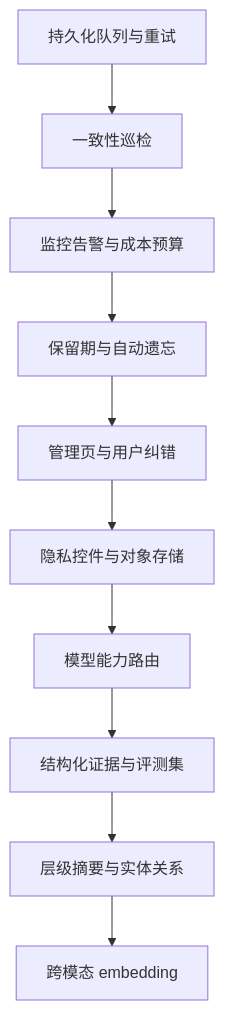
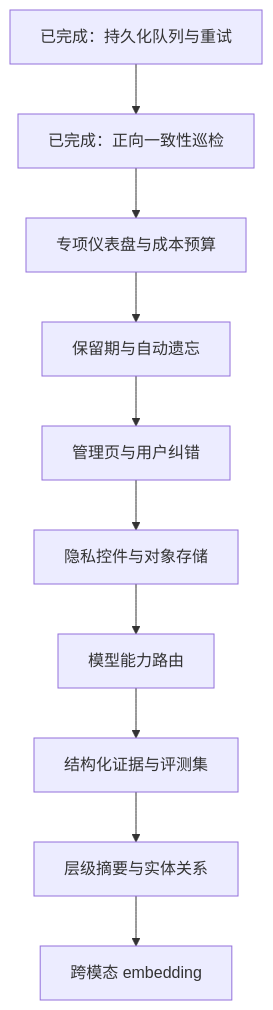
One commit to yiting001/agent changed the second of 2 diagrams in docs/modules/agent-memory-roadmap.md. Above: the diagram before and after it, drawn with Mermaid. The commit also changed other lines of this file and 40 other files, not shown here.

````diff
--- a/docs/modules/agent-memory-roadmap.md
+++ b/docs/modules/agent-memory-roadmap.md
@@ -213,12 +211,12 @@
 ```mermaid
 flowchart TD
-  P0A[持久化队列与重试] --> P0B[一致性巡检]
-  P0B --> P0C[监控告警与成本预算]
+  P0A[已完成：持久化队列与重试] --> P0B[已完成：正向一致性巡检]
+  P0B --> P0C[专项仪表盘与成本预算]
   P0C --> P0D[保留期与自动遗忘]
   P0D --> P1A[管理页与用户纠错]
   P1A --> P1B[隐私控件与对象存储]
   P1B --> P1C[模型能力路由]
   P1C --> P2A[结构化证据与评测集]
   P2A --> P2B[层级摘要与实体关系]
   P2B --> P2C[跨模态 embedding]
 ```
````
